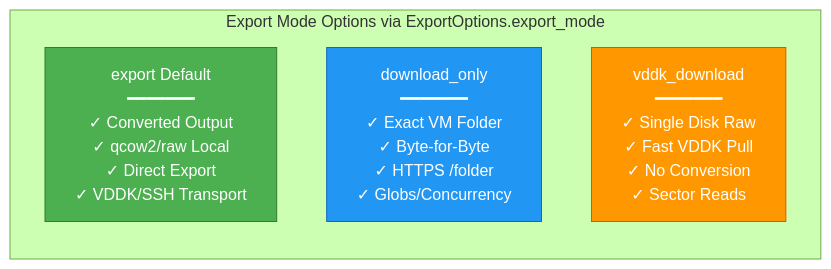
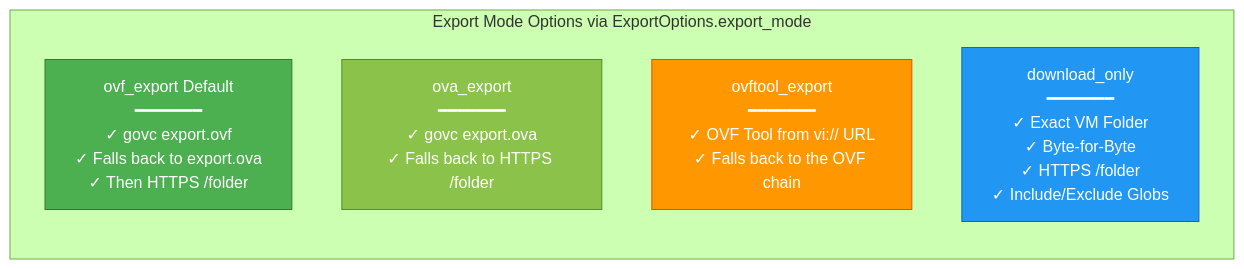
Before and after one commit to zyvorai/h2kvm: the second of 3 diagrams in docs/features/vsphere-design.md, drawn with Mermaid (forest theme). The commit also changed other lines of this file and 94 other files, not shown here.

First line of the commit message:
Readme flow and fixer cleanup (#25)

````diff
--- a/docs/features/vsphere-design.md
+++ b/docs/features/vsphere-design.md
@@ -174,14 +175,17 @@
 ```mermaid
 graph LR
     subgraph Modes["Export Mode Options via ExportOptions.export_mode"]
-        Export["export Default<br/>━━━━━━━<br/>✓ Converted Output<br/>✓ qcow2/raw Local<br/>✓ Direct Export<br/>✓ VDDK/SSH Transport"]
+        Export["ovf_export Default<br/>━━━━━━━<br/>✓ govc export.ovf<br/>✓ Falls back to export.ova<br/>✓ Then HTTPS /folder"]
 
-        Download["download_only<br/>━━━━━━━<br/>✓ Exact VM Folder<br/>✓ Byte-for-Byte<br/>✓ HTTPS /folder<br/>✓ Globs/Concurrency"]
+        Ova["ova_export<br/>━━━━━━━<br/>✓ govc export.ova<br/>✓ Falls back to HTTPS /folder"]
 
-        VDDK["vddk_download<br/>━━━━━━━<br/>✓ Single Disk Raw<br/>✓ Fast VDDK Pull<br/>✓ No Conversion<br/>✓ Sector Reads"]
+        OvfTool["ovftool_export<br/>━━━━━━━<br/>✓ OVF Tool from vi:// URL<br/>✓ Falls back to the OVF chain"]
+
+        Download["download_only<br/>━━━━━━━<br/>✓ Exact VM Folder<br/>✓ Byte-for-Byte<br/>✓ HTTPS /folder<br/>✓ Include/Exclude Globs"]
     end
 
     style Export fill:#4CAF50,stroke:#2E7D32,color:#fff
+    style Ova fill:#8BC34A,stroke:#558B2F,color:#fff
+    style OvfTool fill:#FF9800,stroke:#E65100,color:#fff
     style Download fill:#2196F3,stroke:#1565C0,color:#fff
-    style VDDK fill:#FF9800,stroke:#E65100,color:#fff
 ```
````
